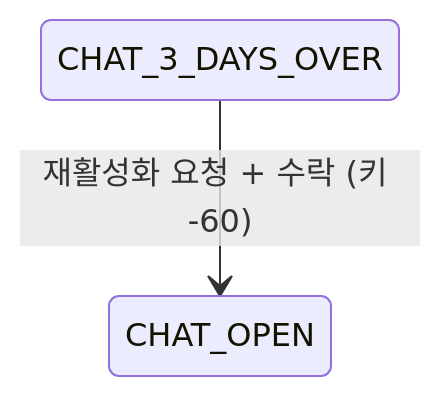
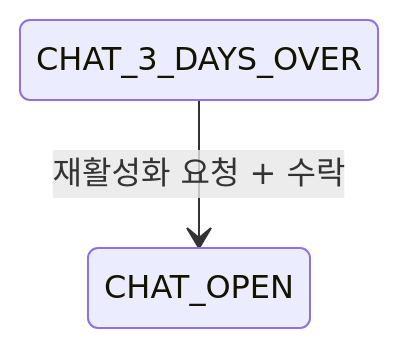
The fourth of 4 diagrams in content/architecture/matching-fsm.md (coupler-developer/docs), drawn with Mermaid before and after one commit. The commit also changed other lines of this file and 12 other files, not shown here.

````diff
--- a/content/architecture/matching-fsm.md
+++ b/content/architecture/matching-fsm.md
@@ -134,4 +135,4 @@
 ```mermaid
 stateDiagram-v2
-    CHAT_3_DAYS_OVER --> CHAT_OPEN : 재활성화 요청 + 수락 (키 -60)
+    CHAT_3_DAYS_OVER --> CHAT_OPEN : 재활성화 요청 + 수락
 ```
````
